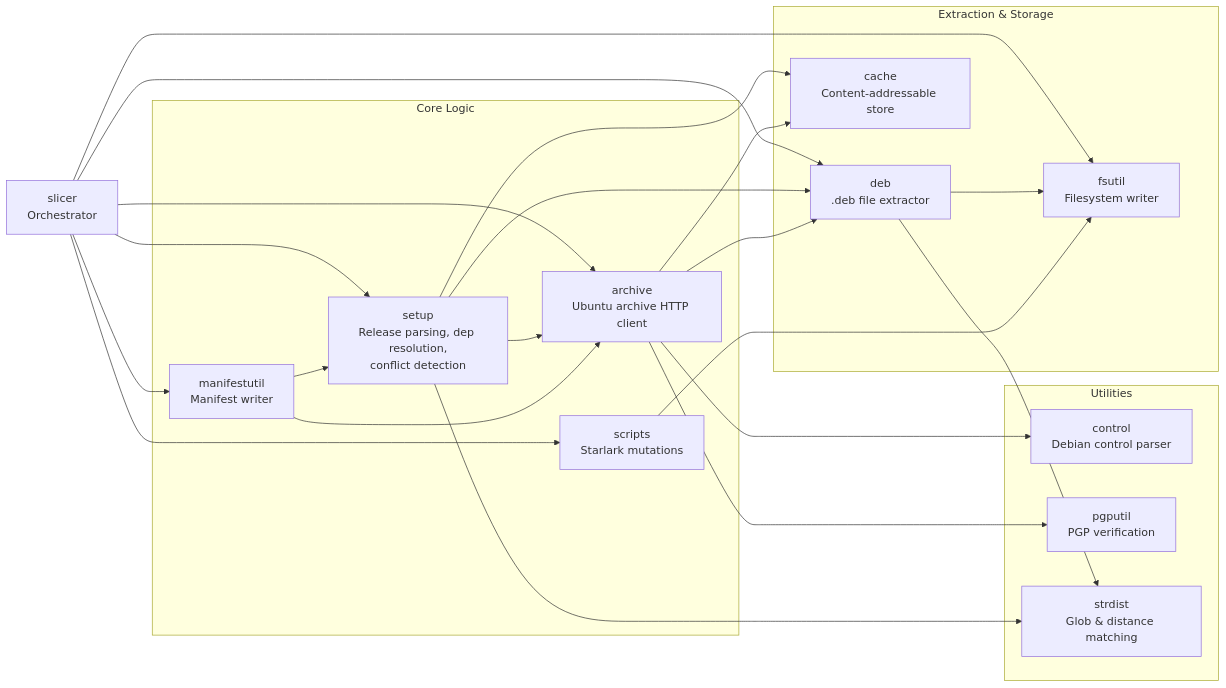
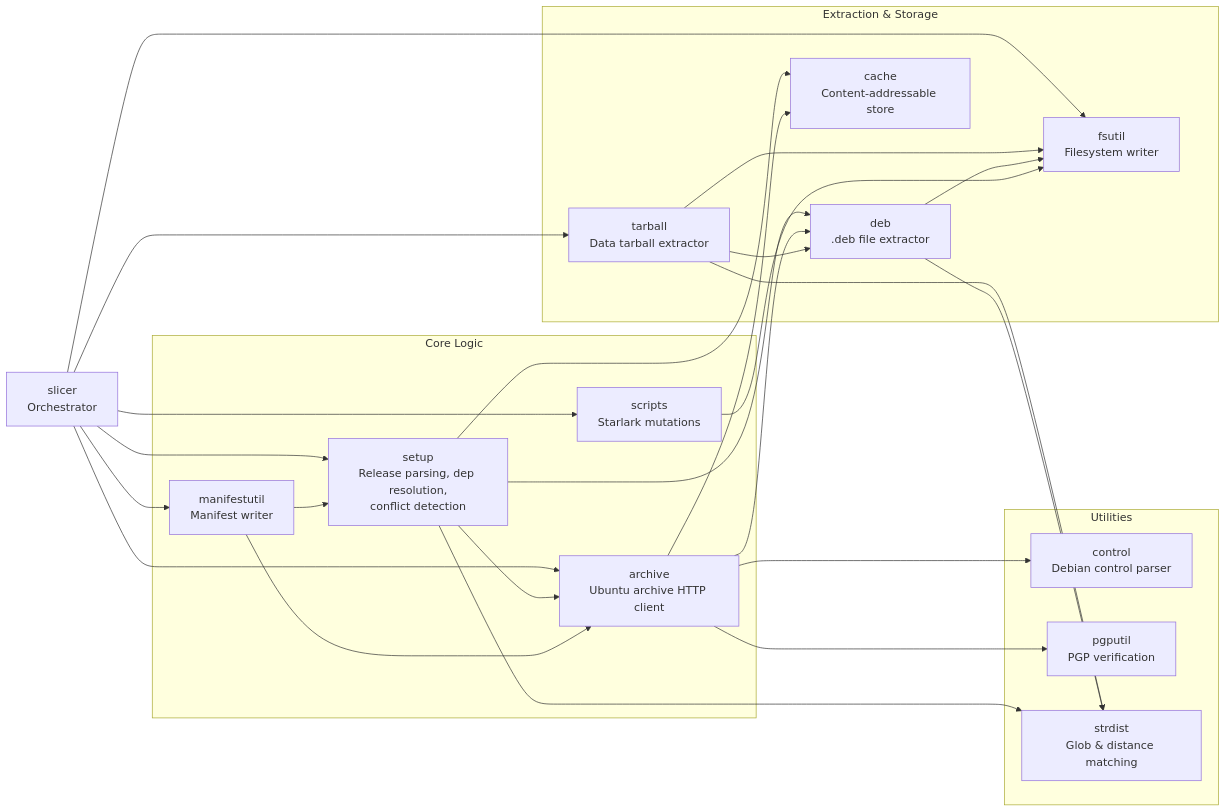
One commit to canonical/chisel changed the diagram in internal/AGENTS.md. Above: the diagram before and after it, drawn with Mermaid. The commit also changed other lines of this file, not shown here.

Commit message:
ai: add tarball pkg docs

````diff
--- a/internal/AGENTS.md
+++ b/internal/AGENTS.md
@@ -32,30 +33,32 @@
 ```mermaid
 flowchart LR
     slicer["slicer<br/>Orchestrator"]
 
     subgraph logic["Core Logic"]
         setup["setup<br/>Release parsing, dep resolution,<br/>conflict detection"]
         archive["archive<br/>Ubuntu archive HTTP client"]
         manifestutil["manifestutil<br/>Manifest writer"]
         scripts["scripts<br/>Starlark mutations"]
     end
 
     subgraph base["Extraction & Storage"]
         deb["deb<br/>.deb file extractor"]
+        tarball["tarball<br/>Data tarball extractor"]
         fsutil["fsutil<br/>Filesystem writer"]
         cache["cache<br/>Content-addressable store"]
     end
 
     subgraph util["Utilities"]
         control["control<br/>Debian control parser"]
         pgputil["pgputil<br/>PGP verification"]
         strdist["strdist<br/>Glob & distance matching"]
     end
 
-    slicer --> setup & archive & deb & fsutil & scripts & manifestutil
+    slicer --> setup & archive & tarball & fsutil & scripts & manifestutil
     setup --> archive & deb & cache & strdist
     manifestutil --> archive & setup
     archive --> cache & control & pgputil & deb
+    tarball --> deb & fsutil & strdist
     deb --> fsutil & strdist
     scripts --> fsutil
 ```
````
